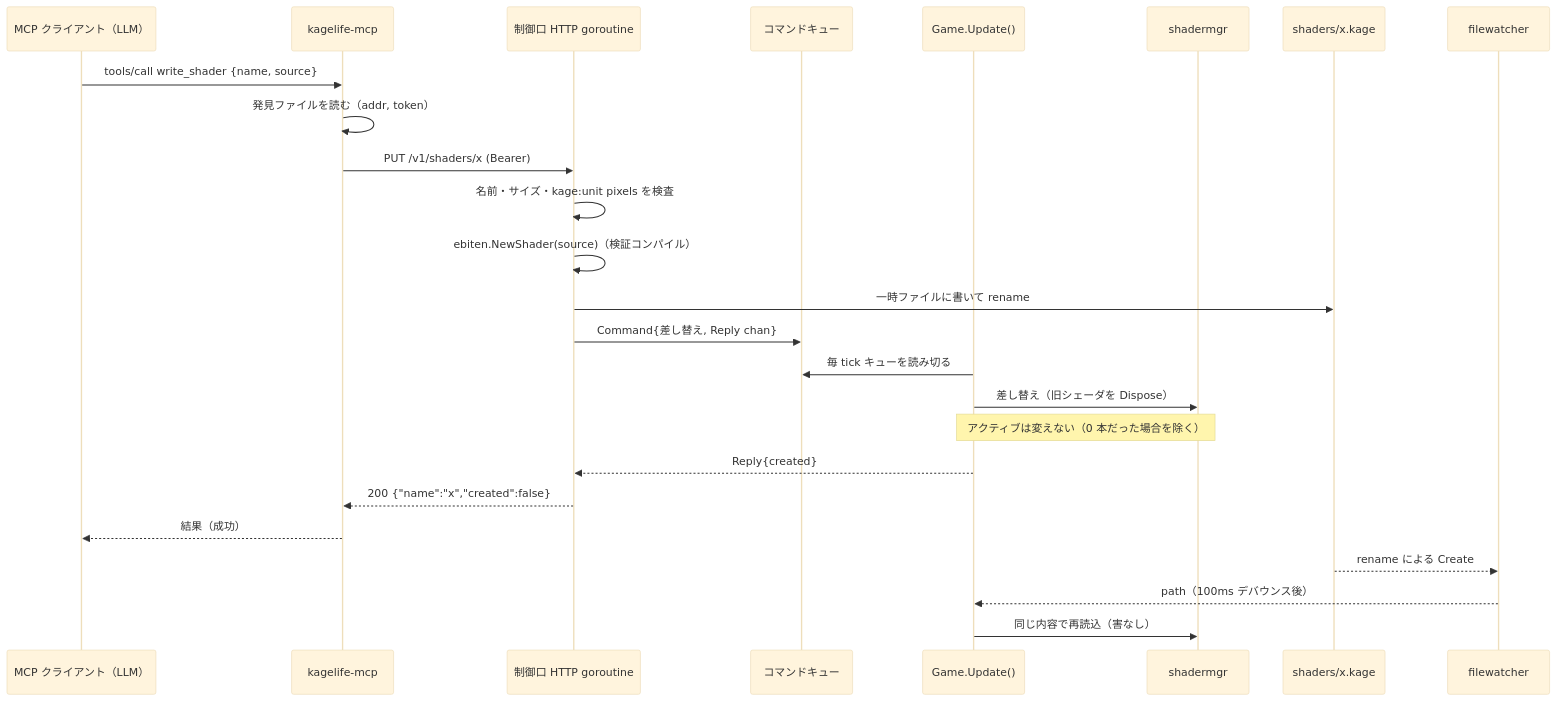
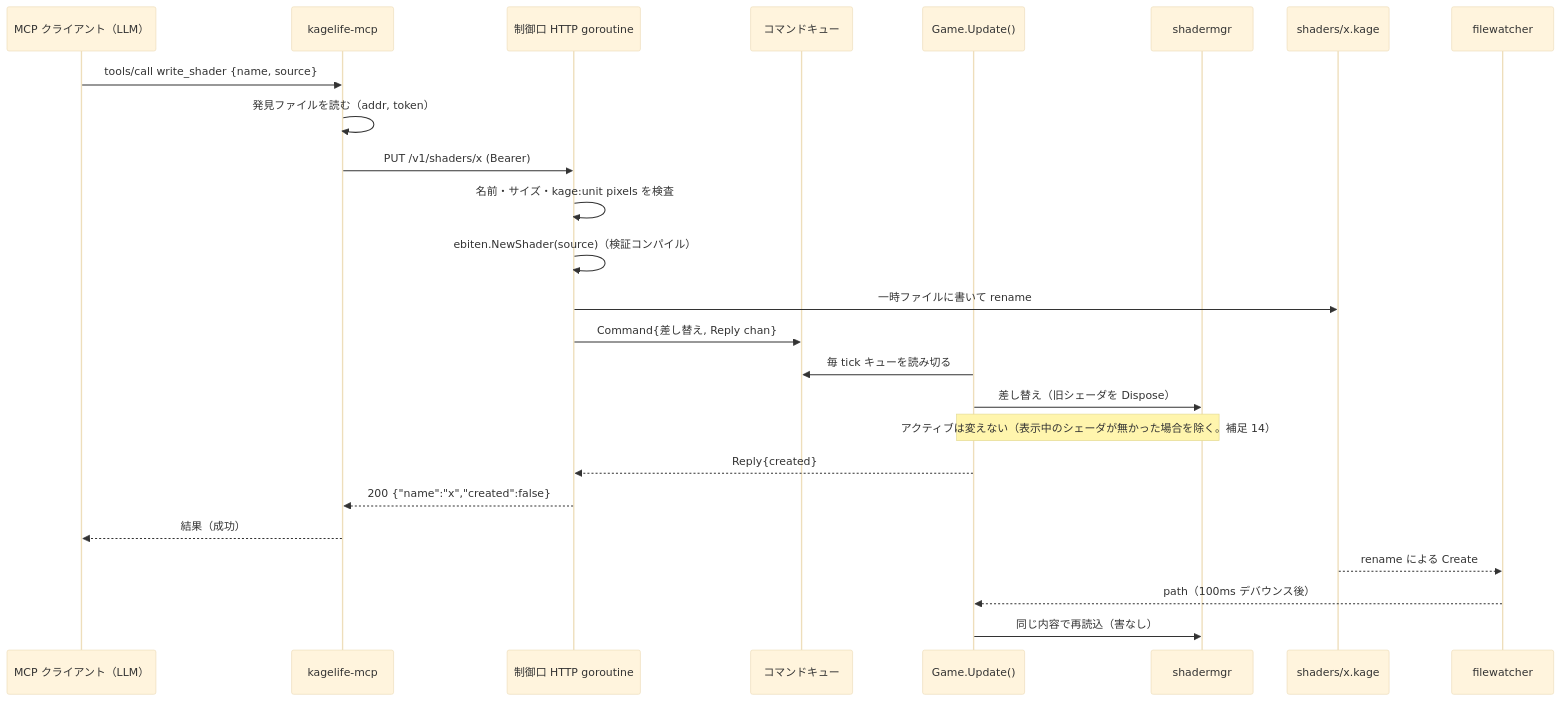
Before and after one commit to cyokozai/kagelife: the first of 2 diagrams in docs/adr/ADR-006-control-api.md, drawn with Mermaid (base theme). The commit also changed other lines of this file and 6 other files, not shown here.

````diff
--- a/docs/adr/ADR-006-control-api.md
+++ b/docs/adr/ADR-006-control-api.md
@@ -182,28 +200,28 @@
 ```mermaid
 sequenceDiagram
     participant LLM as MCP クライアント（LLM）
     participant MCP as kagelife-mcp
     participant HTTP as 制御口 HTTP goroutine
     participant Q as コマンドキュー
     participant UPD as Game.Update()
     participant SM as shadermgr
     participant FS as shaders/x.kage
     participant FW as filewatcher
 
     LLM->>MCP: tools/call write_shader {name, source}
     MCP->>MCP: 発見ファイルを読む（addr, token）
     MCP->>HTTP: PUT /v1/shaders/x (Bearer)
     HTTP->>HTTP: 名前・サイズ・kage:unit pixels を検査
     HTTP->>HTTP: ebiten.NewShader(source)（検証コンパイル）
     HTTP->>FS: 一時ファイルに書いて rename
     HTTP->>Q: Command{差し替え, Reply chan}
     UPD->>Q: 毎 tick キューを読み切る
     UPD->>SM: 差し替え（旧シェーダを Dispose）
-    Note over UPD,SM: アクティブは変えない（0 本だった場合を除く）
+    Note over UPD,SM: アクティブは変えない（表示中のシェーダが無かった場合を除く。補足 14）
     UPD-->>HTTP: Reply{created}
     HTTP-->>MCP: 200 {"name":"x","created":false}
     MCP-->>LLM: 結果（成功）
     FS-->>FW: rename による Create
     FW-->>UPD: path（100ms デバウンス後）
     UPD->>SM: 同じ内容で再読込（害なし）
 ```
````
